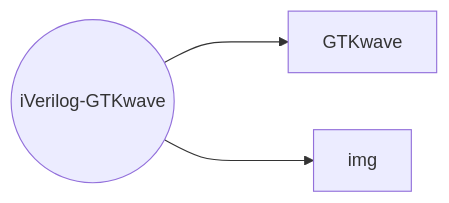
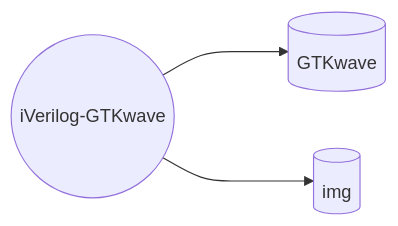
Before and after one commit to Wilhelmine21/Wilhelmine21: the sixth of 10 diagrams in README.md, drawn with Mermaid. The commit also changed other lines of this file, not shown here.

````diff
--- a/README.md
+++ b/README.md
@@ -59,5 +66,5 @@
 ```mermaid
 graph LR;
-iVerilog-GTKwave((iVerilog-GTKwave)) ---> GTKwave
-iVerilog-GTKwave((iVerilog-GTKwave)) ---> img
+iVerilog-GTKwave((iVerilog-GTKwave)) ---> GTKwave[(GTKwave)]
+iVerilog-GTKwave((iVerilog-GTKwave)) ---> img[(img)]
 ```
````
